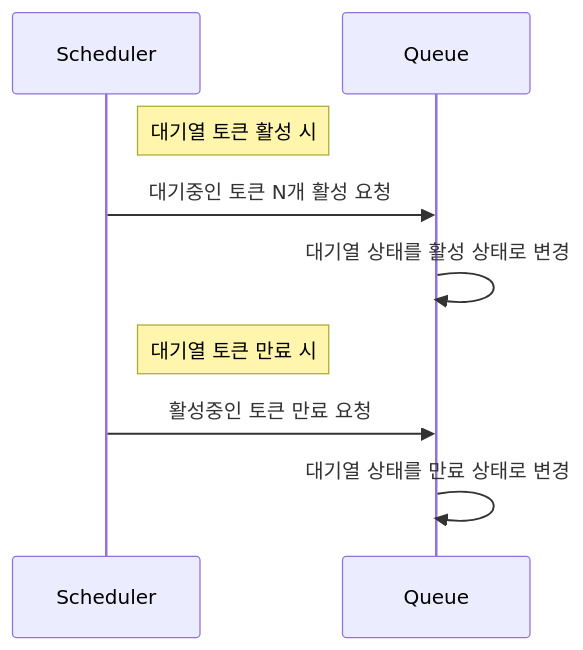
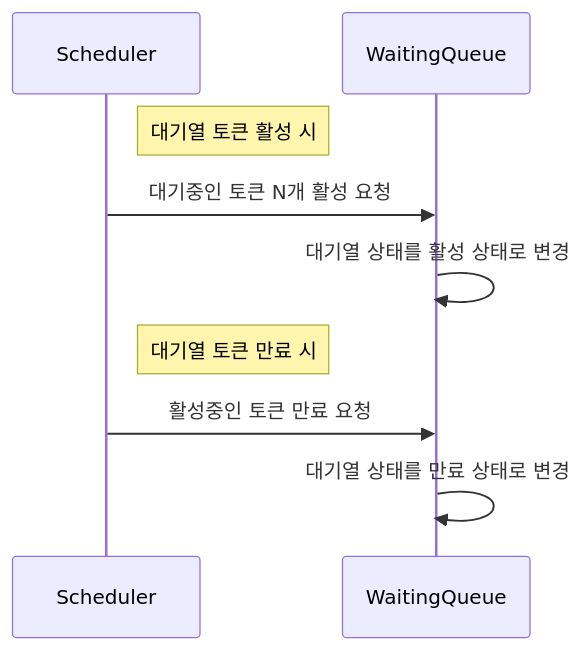
The third of 10 diagrams in docs/SEQUENCE_DIAGRAM.md (jjeongminchoi/hanghae-concert-reservation), drawn with Mermaid before and after one commit. The commit also changed other lines of this file and 23 other files, not shown here.

````diff
--- a/docs/SEQUENCE_DIAGRAM.md
+++ b/docs/SEQUENCE_DIAGRAM.md
@@ -33,14 +33,14 @@
 ```mermaid
 sequenceDiagram
     participant S as Scheduler
-    participant Q as Queue
+    participant Q as WaitingQueue
 
     note right of S: 대기열 토큰 활성 시
     S->>Q: 대기중인 토큰 N개 활성 요청 
     Q->>Q: 대기열 상태를 활성 상태로 변경
     
 
     note right of S: 대기열 토큰 만료 시
     S->>Q: 활성중인 토큰 만료 요청
     Q->>Q: 대기열 상태를 만료 상태로 변경
 ```
````
